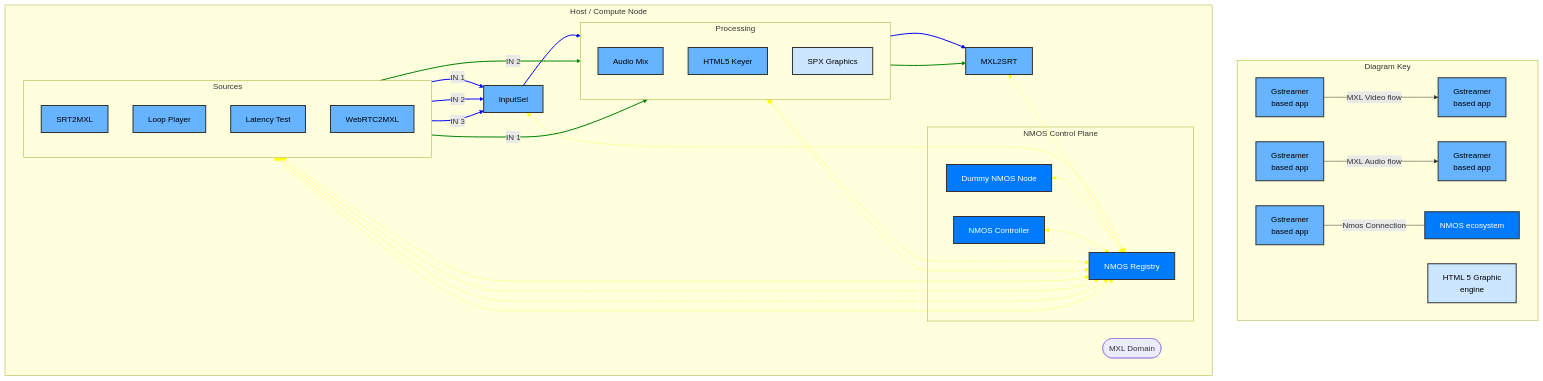
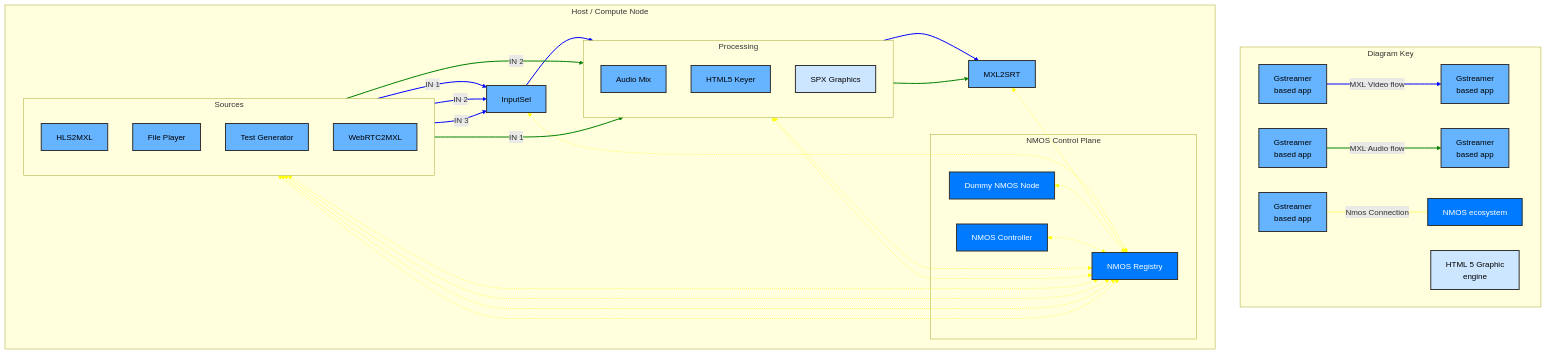
One commit to cbcrc/mxl-hands-on changed the diagram in Exercises/Exercise5.md. Above: the diagram before and after it, drawn with Mermaid.

Commit message:
Updating the mermaid drawing of exercise 5 to reflect latest change in application requirements.

````diff
--- a/Exercises/Exercise5.md
+++ b/Exercises/Exercise5.md
@@ -12,13 +12,13 @@
             %% --- Stage 1: Sources ---
             subgraph Sources [Sources]
                 direction TB
-                SRT2MXL[SRT2MXL]
-                LoopPlayer[Loop Player]
-                LatencyTest[Latency Test]
+                HLS2MXL[HLS2MXL]
+                LoopPlayer[File Player]
+                TestGen[Test Generator]
                 WebRTC2MXL[WebRTC2MXL]
             end
 
-            %% --- Stage 3: Processing ---
+            %% --- Stage 2: Processing ---
             subgraph Processing [Processing]
                 direction TB
                 AudioMix[Audio Mix]
@@ -26,13 +26,7 @@
                 SPXGraphics[SPX Graphics]
             end
 
-            %% --- SPX Graphic engine ---
-            
-
-            %% --- MXL Domain Stage 3 ---
-            MXLDomain3([MXL Domain])
-
-            %% --- Stage 4: Output ---
+            %% --- Stage 3: Output ---
             MXL2SRT[MXL2SRT]
 
             %% --- Control Plane ---
@@ -48,9 +42,10 @@
 
             %% --- Solid Video (blue) Connections (Indices 0 to 4) ---
             %% Video Sources to Input selector
-            SRT2MXL -- IN 1 --> InputSel
+            HLS2MXL -- IN 1 --> InputSel
             LoopPlayer -- IN 2--> InputSel
-            LatencyTest -- IN 3--> InputSel
+            TestGen -- IN 3 --> InputSel
+            
 
             %% Input Selector to Processing
             InputSel --> HTML5Keyer
@@ -61,15 +56,15 @@
             %% --- Solid Audio (green) Connection (Indices 5 to 7) ---
             %% Audio Sources to Audio Mixer
             WebRTC2MXL -- IN 2 --> AudioMix
-            SRT2MXL -- IN 1 --> AudioMix
+            HLS2MXL -- IN 1 --> AudioMix
 
             %% Audio Processing to/From MXL
             AudioMix --> MXL2SRT
 
             %% --- Dotted Yellow control Connections (Indices 8 to 17) ---
-            SRT2MXL <-.-> NmosRegistry
+            HLS2MXL <-.-> NmosRegistry
             LoopPlayer <-.-> NmosRegistry
-            LatencyTest <-.-> NmosRegistry
+            TestGen <-.-> NmosRegistry
             WebRTC2MXL <-.-> NmosRegistry
             InputSel <-.-> NmosRegistry
             HTML5Keyer <-.-> NmosRegistry
@@ -80,7 +75,7 @@
 
         end
 
-        %% --- Legend (Outside the Compute Node) ---
+        %% --- Legend (Outside the Compute Node) (Indices 18 to 20) ---
     subgraph Legend [Diagram Key]
         direction LR
         k1[Gstreamer</br>based app] -- MXL Video flow --> kt1[Gstreamer</br>based app]
@@ -101,17 +96,17 @@
         classDef control fill:#007bff,color:#fff,stroke:#333,stroke-width:2px;
         classDef other fill:#cce6ff,color:black,stroke:#333,stroke-width:2px
 
-        class SRT2MXL,LoopPlayer,LatencyTest,WebRTC2MXL,InputSel,AudioMix,HTML5Keyer,MXL2SRT,k1,kt1,k2,kt2,k3 gstreamer
+        class HLS2MXL,LoopPlayer,TestGen,WebRTC2MXL,InputSel,AudioMix,HTML5Keyer,MXL2SRT,k1,kt1,k2,kt2,k3 gstreamer
         class NmosRegistry,DummyNmosNode,NmosController,kt3 control
         class SPXGraphics,k4 other
 
         %% Link Styling
         %% Solid blue for video connections
-        linkStyle 0,1,2,3,4 stroke:blue,stroke-width:2px
+        linkStyle 0,1,2,3,4,18 stroke:blue,stroke-width:2px
 
         %% Solid green for audio connections
-        linkStyle 5,6,7 stroke:green,stroke-width:2px
+        linkStyle 5,6,7,19 stroke:green,stroke-width:2px
 
         %% Dotted yellow for nmos connections
-        linkStyle 8,9,10,11,12,13,14,15,16,17 stroke:yellow
+        linkStyle 8,9,10,11,12,13,14,15,16,17,20 stroke:yellow
 ```
````
